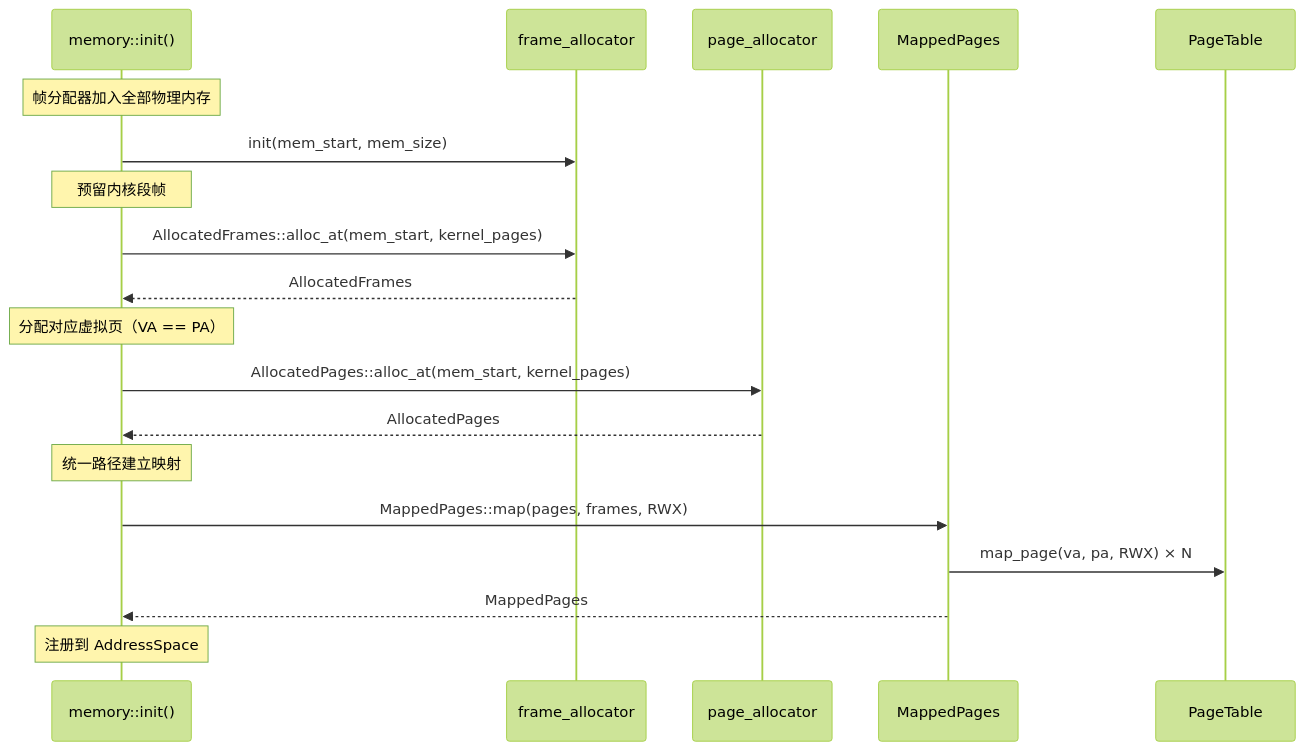
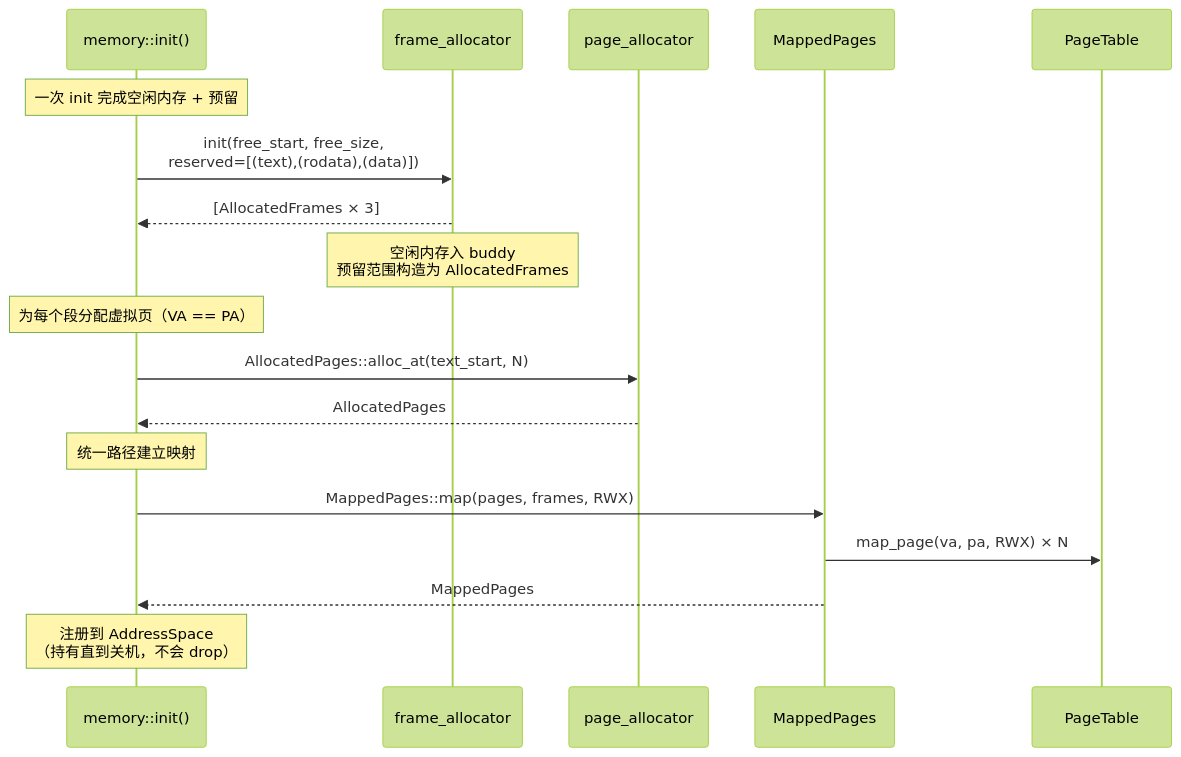
One commit to MRNIU/SimpleKernel changed the ninth of 10 diagrams in docs/rust-rewrite/memory-subsystem.md. Above: the diagram before and after it, drawn with Mermaid (forest theme). The commit also changed other lines of this file and 1 other file, not shown here.

First line of the commit message:
docs(memory): 统一 init 入口设计 + 实现计划

````diff
--- a/docs/rust-rewrite/memory-subsystem.md
+++ b/docs/rust-rewrite/memory-subsystem.md
@@ -494,25 +515,23 @@
 ```mermaid
 sequenceDiagram
     participant INIT as memory::init()
     participant FA as frame_allocator
     participant PA as page_allocator
     participant MP as MappedPages
     participant PT as PageTable
 
-    Note over INIT: 帧分配器加入全部物理内存
-    INIT->>FA: init(mem_start, mem_size)
+    Note over INIT: 一次 init 完成空闲内存 + 预留
+    INIT->>FA: init(free_start, free_size,<br/>reserved=[(text),(rodata),(data)])
+    FA-->>INIT: [AllocatedFrames × 3]
+    Note over FA: 空闲内存入 buddy<br/>预留范围构造为 AllocatedFrames
 
-    Note over INIT: 预留内核段帧
-    INIT->>FA: AllocatedFrames::alloc_at(mem_start, kernel_pages)
-    FA-->>INIT: AllocatedFrames
-
-    Note over INIT: 分配对应虚拟页（VA == PA）
-    INIT->>PA: AllocatedPages::alloc_at(mem_start, kernel_pages)
+    Note over INIT: 为每个段分配虚拟页（VA == PA）
+    INIT->>PA: AllocatedPages::alloc_at(text_start, N)
     PA-->>INIT: AllocatedPages
 
     Note over INIT: 统一路径建立映射
     INIT->>MP: MappedPages::map(pages, frames, RWX)
     MP->>PT: map_page(va, pa, RWX) × N
     MP-->>INIT: MappedPages
-    Note over INIT: 注册到 AddressSpace
+    Note over INIT: 注册到 AddressSpace<br/>（持有直到关机，不会 drop）
 ```
````
